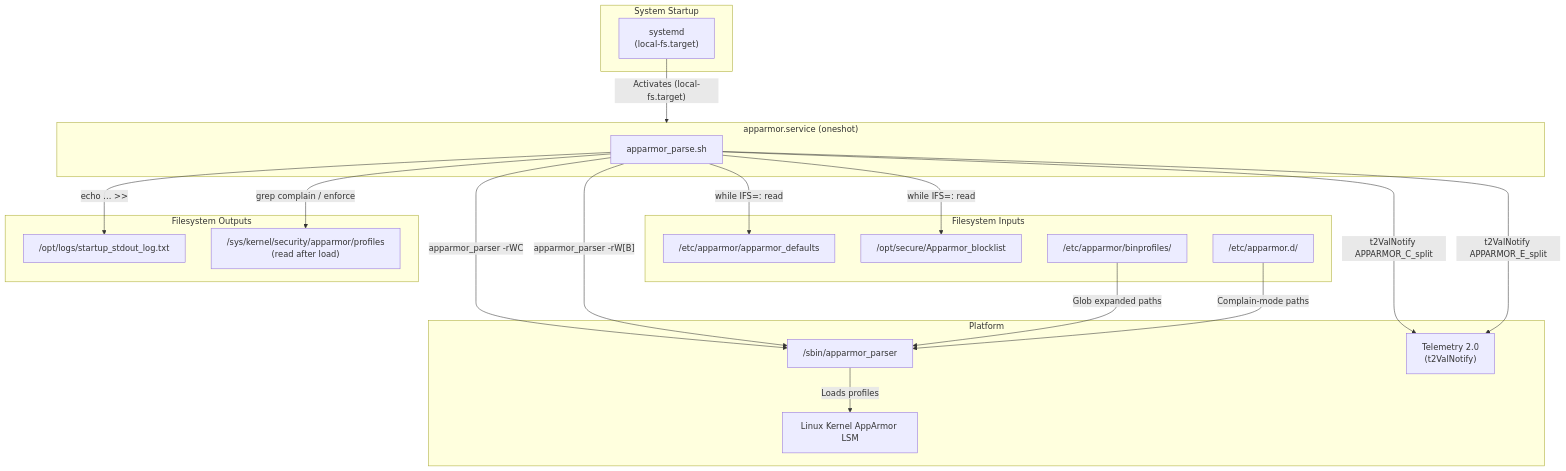
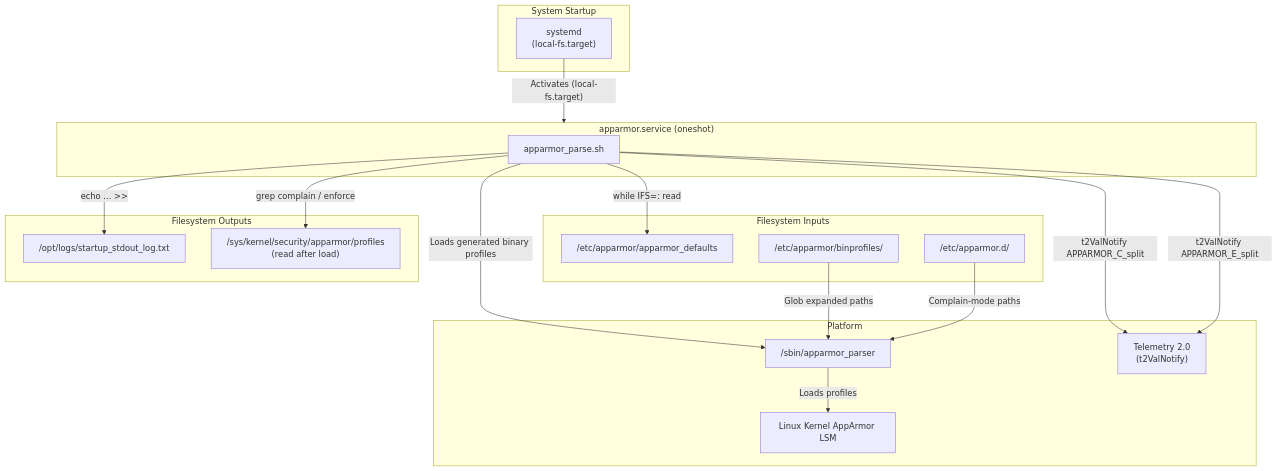
One commit to rdkcentral/rdk-apparmor-profiles changed the fifth of 8 diagrams in README.md. Above: the diagram before and after it, drawn with Mermaid. The commit also changed other lines of this file, not shown here.

````diff
--- a/README.md
+++ b/README.md
@@ -300,41 +264,38 @@
 ```mermaid
 flowchart TD
     subgraph Startup ["System Startup"]
         SYSTEMD["systemd\n(local-fs.target)"]
     end
 
     subgraph AppArmorService ["apparmor.service (oneshot)"]
         PARSE["apparmor_parse.sh"]
     end
 
     subgraph FilesystemInputs ["Filesystem Inputs"]
         DEFAULTS["/etc/apparmor/apparmor_defaults"]
-        BLOCKLIST["/opt/secure/Apparmor_blocklist"]
         PROFILES_DIR["/etc/apparmor/binprofiles/"]
         APPARMOURD["/etc/apparmor.d/"]
     end
 
     subgraph FilesystemOutputs ["Filesystem Outputs"]
         RDKLOGS["/opt/logs/startup_stdout_log.txt"]
         SYSFS["/sys/kernel/security/apparmor/profiles\n(read after load)"]
     end
 
     subgraph Platform ["Platform"]
         PARSER["/sbin/apparmor_parser"]
         KERNEL["Linux Kernel AppArmor LSM"]
         T2["Telemetry 2.0\n(t2ValNotify)"]
     end
 
     SYSTEMD -->|"Activates (local-fs.target)"| AppArmorService
     PARSE -->|"while IFS=: read"| DEFAULTS
-    PARSE -->|"while IFS=: read"| BLOCKLIST
-    PARSE -->|"apparmor_parser -rWC"| PARSER
-    PARSE -->|"apparmor_parser -rW[B]"| PARSER
+    PARSE -->|"Loads generated binary profiles"| PARSER
     PROFILES_DIR -->|"Glob expanded paths"| PARSER
     APPARMOURD -->|"Complain-mode paths"| PARSER
     PARSER -->|"Loads profiles"| KERNEL
     PARSE -->|"grep complain / enforce"| SYSFS
     PARSE -->|"echo ... >>"| RDKLOGS
     PARSE -->|"t2ValNotify APPARMOR_C_split"| T2
     PARSE -->|"t2ValNotify APPARMOR_E_split"| T2
 ```
````
